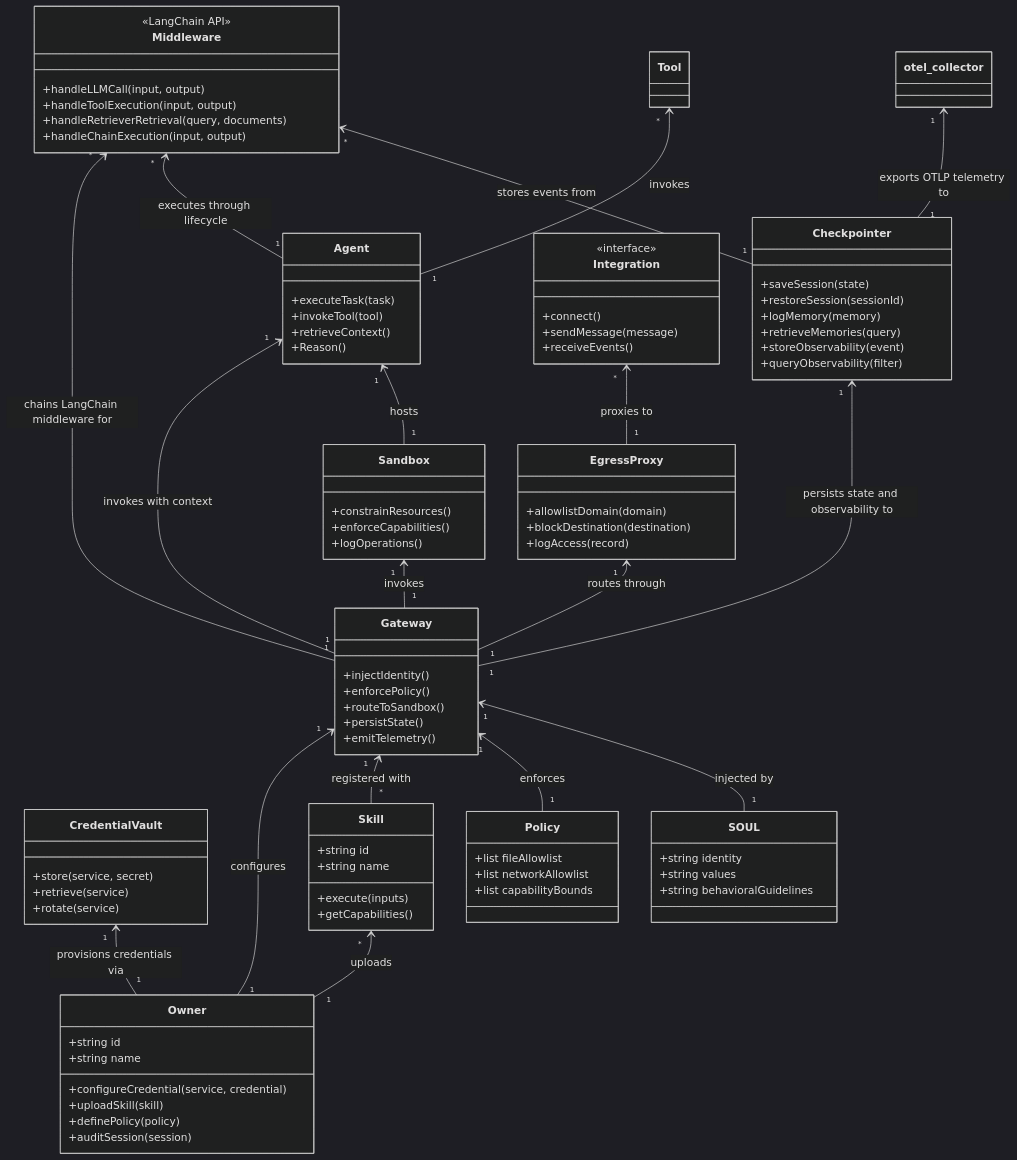
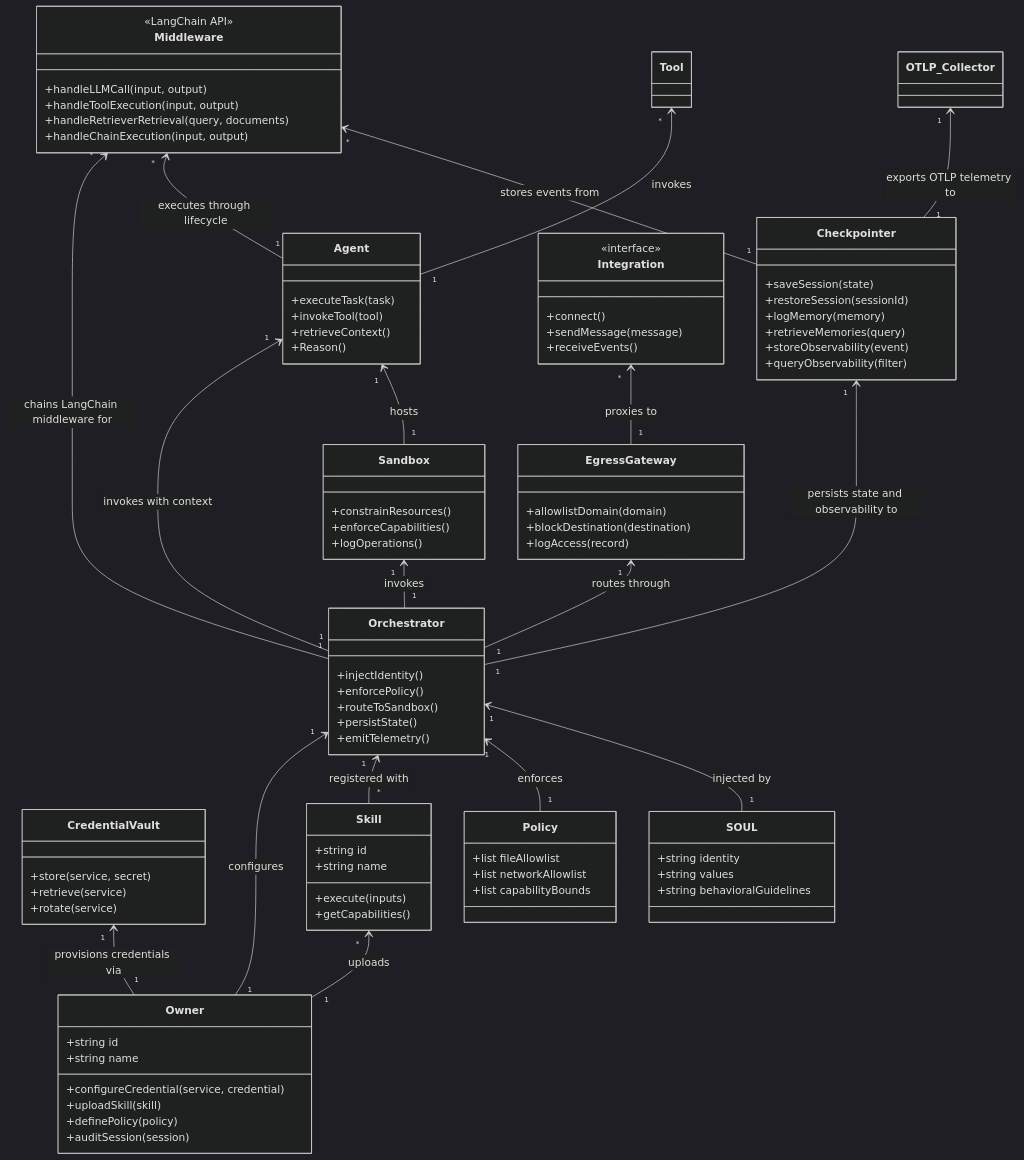
The second of 2 diagrams in PRD.md (openkraken-ai/openkraken), drawn with Mermaid (dark theme) before and after one commit. The commit also changed other lines of this file and 3 other files, not shown here.

````diff
--- a/PRD.md
+++ b/PRD.md
@@ -258,7 +258,7 @@
     +auditSession(session)
   }
 
-  class Gateway {
+  class Orchestrator {
     +injectIdentity()
     +enforcePolicy()
     +routeToSandbox()
@@ -285,7 +285,7 @@
     +rotate(service)
   }
 
-  class EgressProxy {
+  class EgressGateway {
     +allowlistDomain(domain)
     +blockDestination(destination)
     +logAccess(record)
@@ -334,21 +334,21 @@
     +receiveEvents()
   }
 
-  Owner "1" --> "1" Gateway : configures
+  Owner "1" --> "1" Orchestrator : configures
   Owner "1" --> "1" CredentialVault : provisions credentials via
   Owner "1" --> "*" Skill : uploads
-  Gateway "1" --> "1" Agent : invokes with context
-  Gateway "1" --> "*" Middleware : chains LangChain middleware for
+  Orchestrator "1" --> "1" Agent : invokes with context
+  Orchestrator "1" --> "*" Middleware : chains LangChain middleware for
   Agent "1" --> "*" Middleware : executes through lifecycle
-  Gateway "1" --> "1" Checkpointer : persists state and observability to
-  Gateway "1" --> "1" EgressProxy : routes through
-  Gateway "1" --> "1" Sandbox : invokes
+  Orchestrator "1" --> "1" Checkpointer : persists state and observability to
+  Orchestrator "1" --> "1" EgressGateway : routes through
+  Orchestrator "1" --> "1" Sandbox : invokes
   Agent "1" --> "*" Tool : invokes
   Sandbox "1" --> "1" Agent : hosts
   Checkpointer "1" --> "*" Middleware : stores events from
-  Checkpointer "1" --> "1" otel_collector : exports OTLP telemetry to
-  EgressProxy "1" --> "*" Integration : proxies to
-  Skill "*" --> "1" Gateway : registered with
-  Policy "1" --> "1" Gateway : enforces
-  SOUL "1" --> "1" Gateway : injected by
+  Checkpointer "1" --> "1" OTLP_Collector : exports OTLP telemetry to
+  EgressGateway "1" --> "*" Integration : proxies to
+  Skill "*" --> "1" Orchestrator : registered with
+  Policy "1" --> "1" Orchestrator : enforces
+  SOUL "1" --> "1" Orchestrator : injected by
 ```
````
